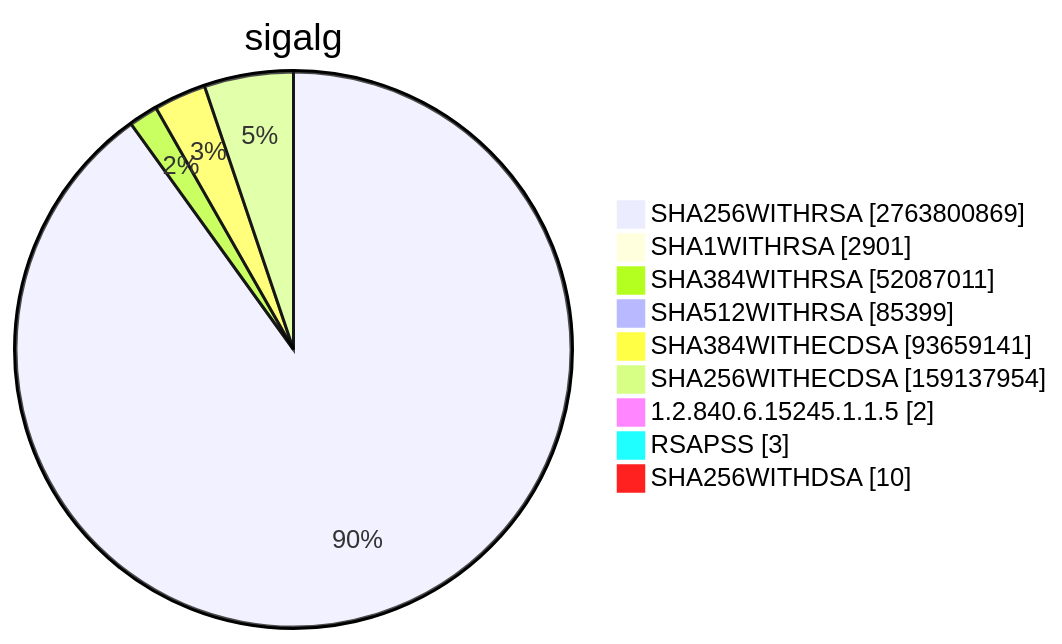
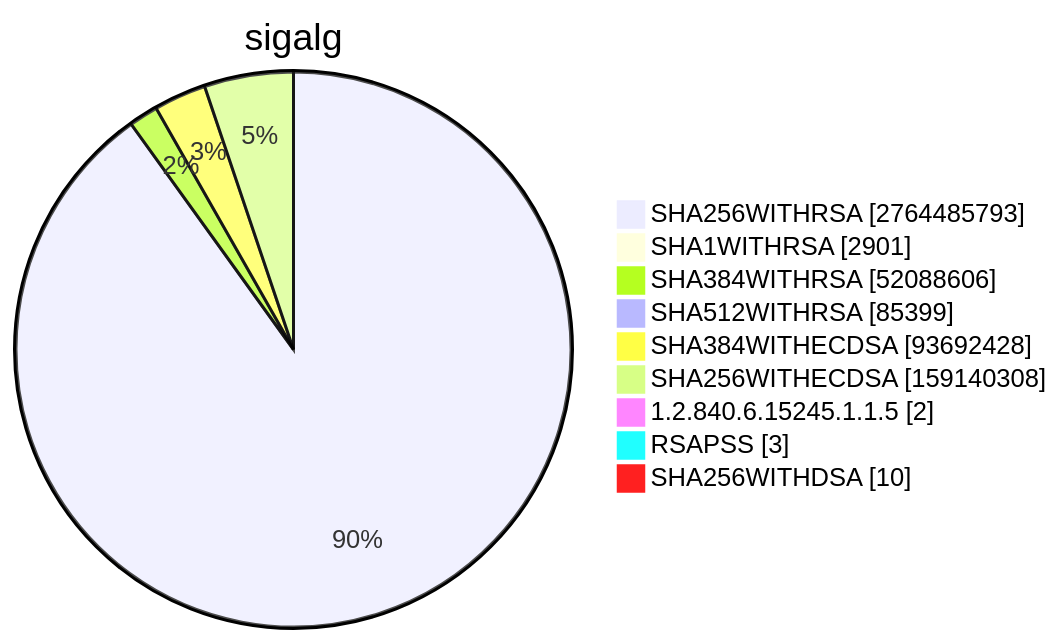
Before and after one commit to christiankrug/ctmonitor_visualization: diagram 15 of 15 in TOTAL/README.md, drawn with Mermaid. The commit also changed other lines of this file, not shown here.

````diff
--- a/TOTAL/README.md
+++ b/TOTAL/README.md
@@ -6205,13 +6205,13 @@
 ```mermaid
 pie showData
 title sigalg
-"SHA256WITHRSA" :2763800869
+"SHA256WITHRSA" :2764485793
 "SHA1WITHRSA" :2901
-"SHA384WITHRSA" :52087011
+"SHA384WITHRSA" :52088606
 "SHA512WITHRSA" :85399
-"SHA384WITHECDSA" :93659141
-"SHA256WITHECDSA" :159137954
+"SHA384WITHECDSA" :93692428
+"SHA256WITHECDSA" :159140308
 "1.2.840.6.15245.1.1.5" :2
 "RSAPSS" :3
 "SHA256WITHDSA" :10
 ```
````
